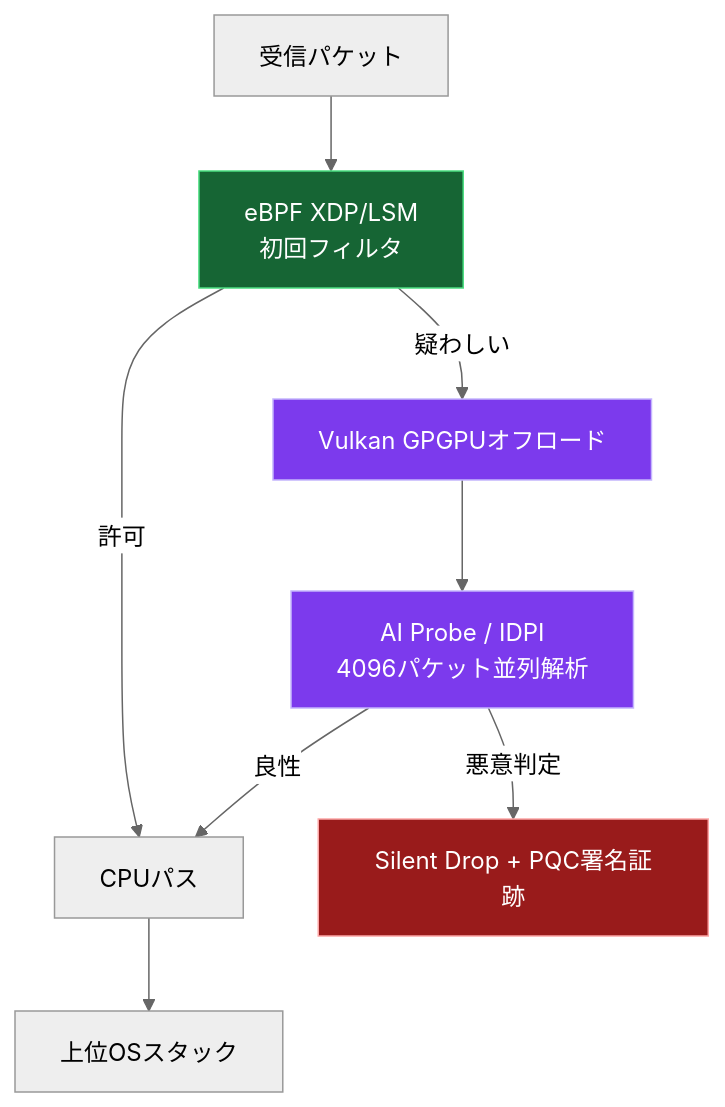
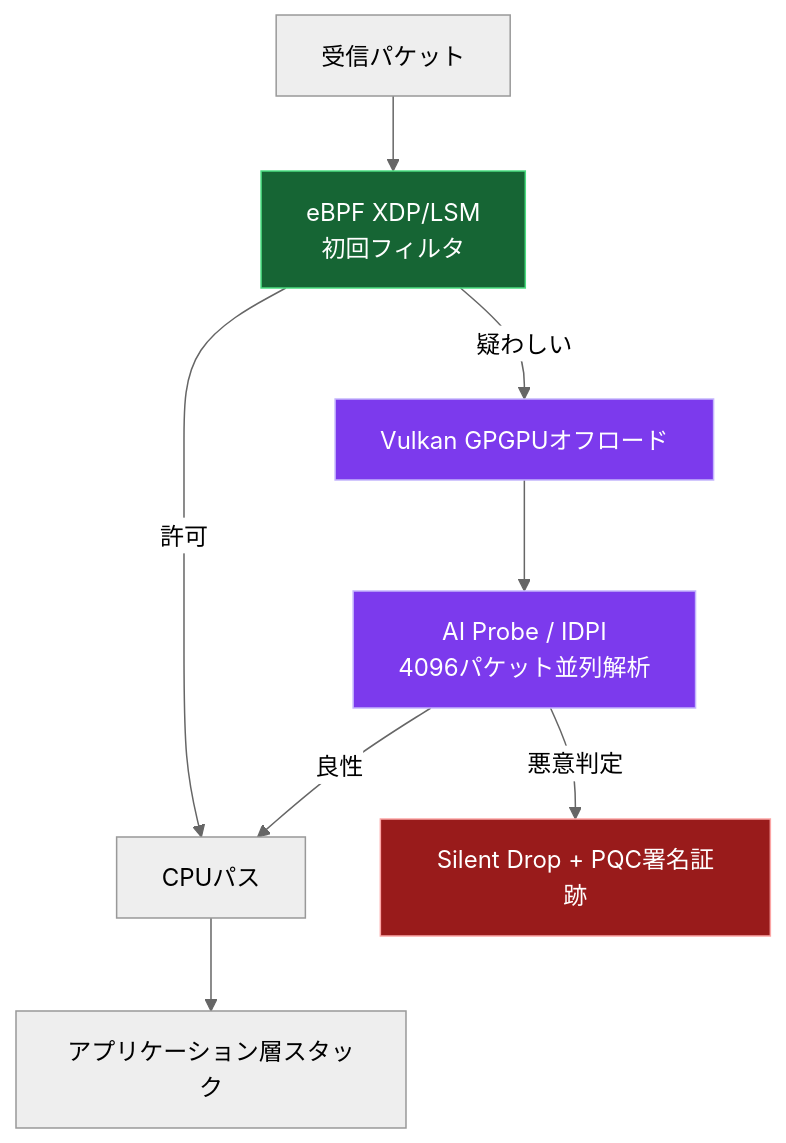
Before and after one commit to elementary-particles-Man/TUFF-OS-ISO: the fifth of 5 diagrams in マニュアル/TUFF-OS 総合セキュリティ実装 概要図.md, drawn with Mermaid (neutral theme). The commit also changed 41 other files, not shown here.

Commit message:
DOCS: Comprehensive overhaul of manuals to reflect Pure Rust Bare-metal Sovereign Core and ZRAM architecture.

````diff
--- a/マニュアル/TUFF-OS 総合セキュリティ実装 概要図.md
+++ b/マニュアル/TUFF-OS 総合セキュリティ実装 概要図.md
@@ -116,18 +116,18 @@
 ```mermaid
 flowchart TD
     A[受信パケット] --> B[eBPF XDP/LSM<br>初回フィルタ]
     B -->|許可| C[CPUパス]
     B -->|疑わしい| D[Vulkan GPGPUオフロード]
     D --> E[AI Probe / IDPI<br>4096パケット並列解析]
     E -->|悪意判定| F[Silent Drop + PQC署名証跡]
     E -->|良性| C
-    C --> G[上位OSスタック]
+    C --> G[アプリケーション層スタック]
 
     classDef fast fill:#166534,stroke:#4ade80,color:#fff
     classDef heavy fill:#991b1b,stroke:#fca5a5,color:#fff
     classDef gpu fill:#7c3aed,stroke:#c4b5fd,color:#fff
 
     class B fast
     class D,E gpu
     class F heavy
 ```
````
